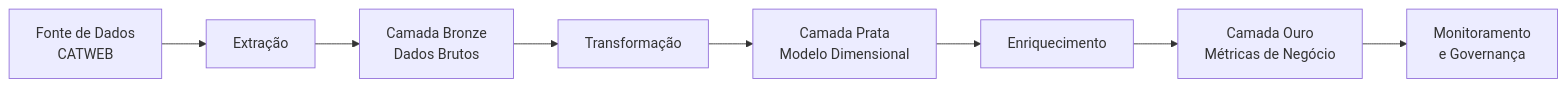
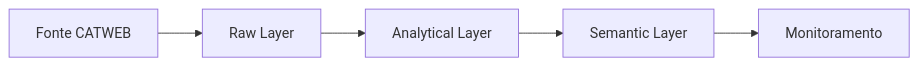
One commit to nayyarabernardo/etl-dados-cat-inss changed the first of 2 diagrams in README.md. Above: the diagram before and after it, drawn with Mermaid. The commit also changed other lines of this file, not shown here.

````diff
--- a/README.md
+++ b/README.md
@@ -19,10 +13,7 @@
 ```mermaid
 graph LR
-    A[Fonte de Dados<br>CATWEB] --> B[Extração]
-    B --> C[Camada Bronze<br>Dados Brutos]
-    C --> D[Transformação]
-    D --> E[Camada Prata<br>Modelo Dimensional]
-    E --> F[Enriquecimento]
-    F --> G[Camada Ouro<br>Métricas de Negócio]
-    G --> H[Monitoramento<br>e Governança]
+    A[Fonte CATWEB] --> B[Raw Layer]
+    B --> C[Analytical Layer]
+    C --> D[Semantic Layer]
+    D --> E[Monitoramento]
 ```
````
